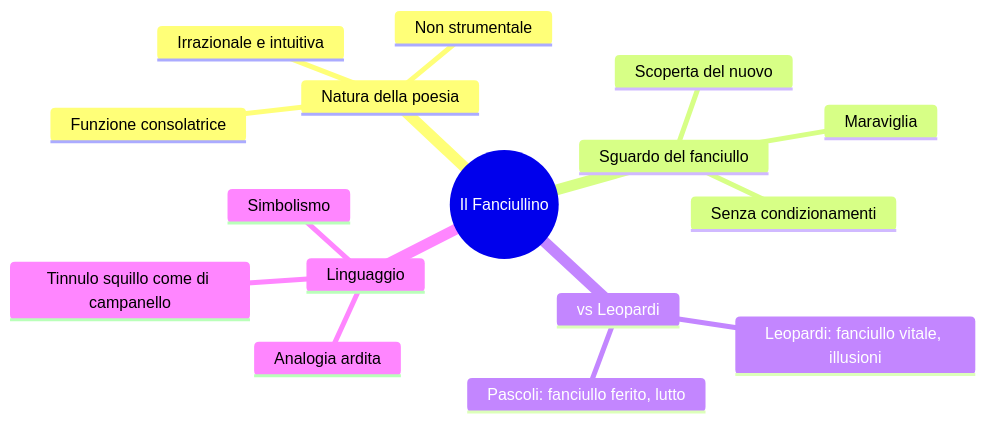
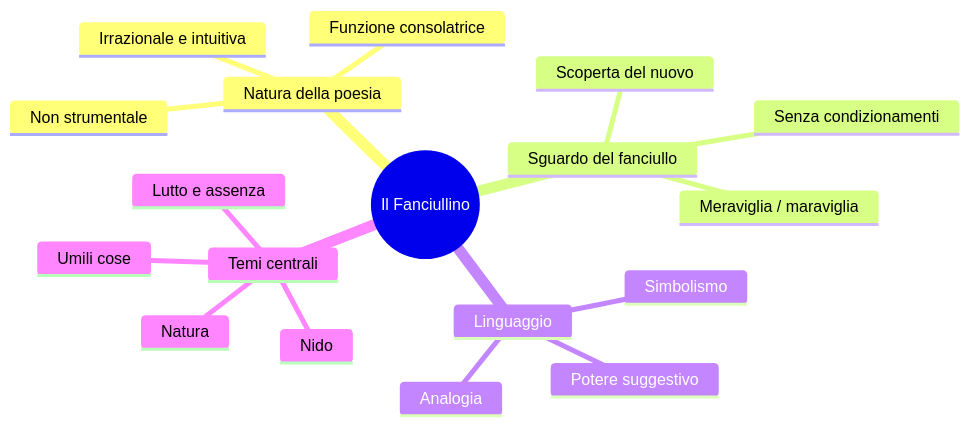
Before and after one commit to riccardo-algorime/appunti-5Bsa: the second of 5 diagrams in italiano/pascoli/riassunto.md, drawn with Mermaid. The commit also changed other lines of this file and 7 other files, not shown here.

````diff
--- a/italiano/pascoli/riassunto.md
+++ b/italiano/pascoli/riassunto.md
@@ -95,19 +106,21 @@
 ```mermaid
 mindmap
   root((Il Fanciullino))
     Natura della poesia
       Irrazionale e intuitiva
       Non strumentale
       Funzione consolatrice
     Sguardo del fanciullo
-      Maraviglia
+      Meraviglia / maraviglia
       Scoperta del nuovo
       Senza condizionamenti
-    vs Leopardi
-      Leopardi: fanciullo vitale, illusioni
-      Pascoli: fanciullo ferito, lutto
     Linguaggio
-      Analogia ardita
+      Analogia
       Simbolismo
-      Tinnulo squillo come di campanello
+      Potere suggestivo
+    Temi centrali
+      Umili cose
+      Natura
+      Nido
+      Lutto e assenza
 ```
````
